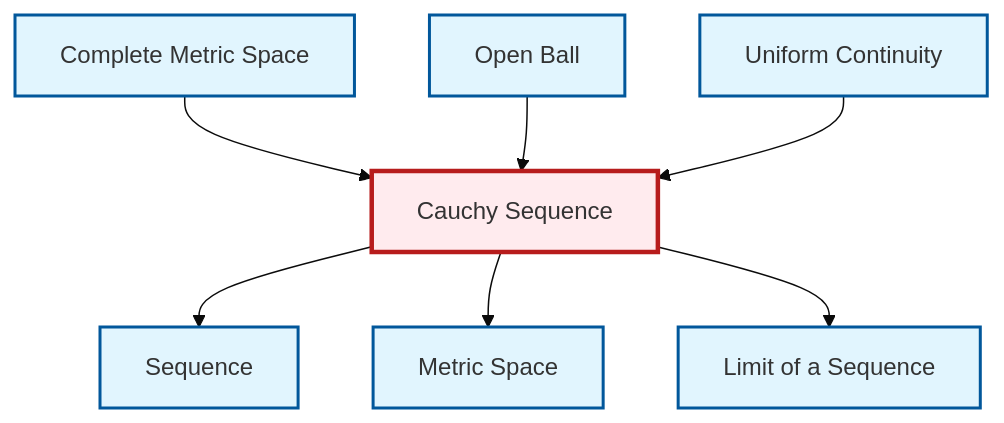
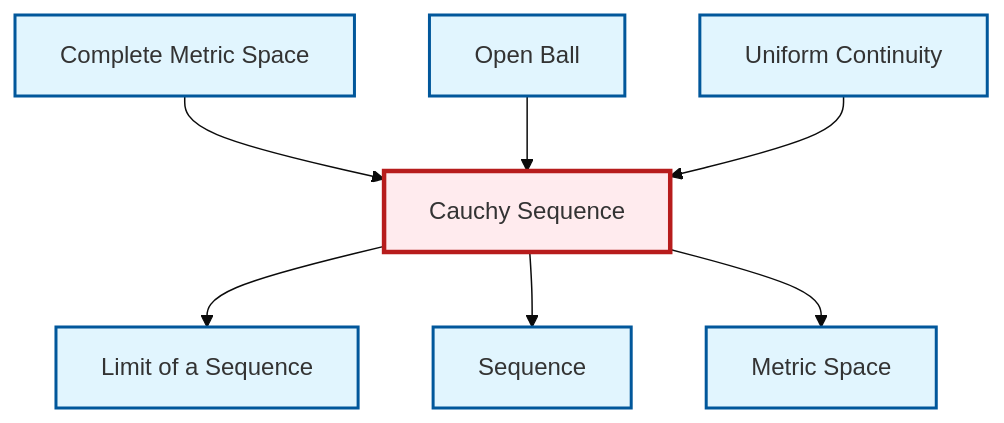
One commit to RK0429/ModernMath changed the diagram in output/mermaid/en/def-cauchy-sequence.mermaid. Above: the diagram before and after it, drawn with Mermaid (base theme). The commit also changed other lines of this file and 1702 other files, not shown here.

```diff
--- a/output/mermaid/en/def-cauchy-sequence.mermaid
+++ b/output/mermaid/en/def-cauchy-sequence.mermaid
@@ -1,20 +1,20 @@
 graph TD
     classDef definition fill:#e1f5fe,stroke:#01579b,stroke-width:2px
     classDef theorem fill:#f3e5f5,stroke:#4a148c,stroke-width:2px
     classDef axiom fill:#fff3e0,stroke:#e65100,stroke-width:2px
     classDef example fill:#e8f5e9,stroke:#1b5e20,stroke-width:2px
     classDef current fill:#ffebee,stroke:#b71c1c,stroke-width:3px
-    def-metric-space["Metric Space"]:::definition
     def-open-ball["Open Ball"]:::definition
     def-cauchy-sequence["Cauchy Sequence"]:::definition
+    def-metric-space["Metric Space"]:::definition
     def-uniform-continuity["Uniform Continuity"]:::definition
-    def-limit["Limit of a Sequence"]:::definition
     def-complete-metric-space["Complete Metric Space"]:::definition
     def-sequence["Sequence"]:::definition
+    def-limit["Limit of a Sequence"]:::definition
     def-complete-metric-space --> def-cauchy-sequence
+    def-cauchy-sequence --> def-limit
+    def-cauchy-sequence --> def-sequence
     def-open-ball --> def-cauchy-sequence
-    def-cauchy-sequence --> def-sequence
+    def-uniform-continuity --> def-cauchy-sequence
     def-cauchy-sequence --> def-metric-space
-    def-cauchy-sequence --> def-limit
-    def-uniform-continuity --> def-cauchy-sequence
     class def-cauchy-sequence current
```
